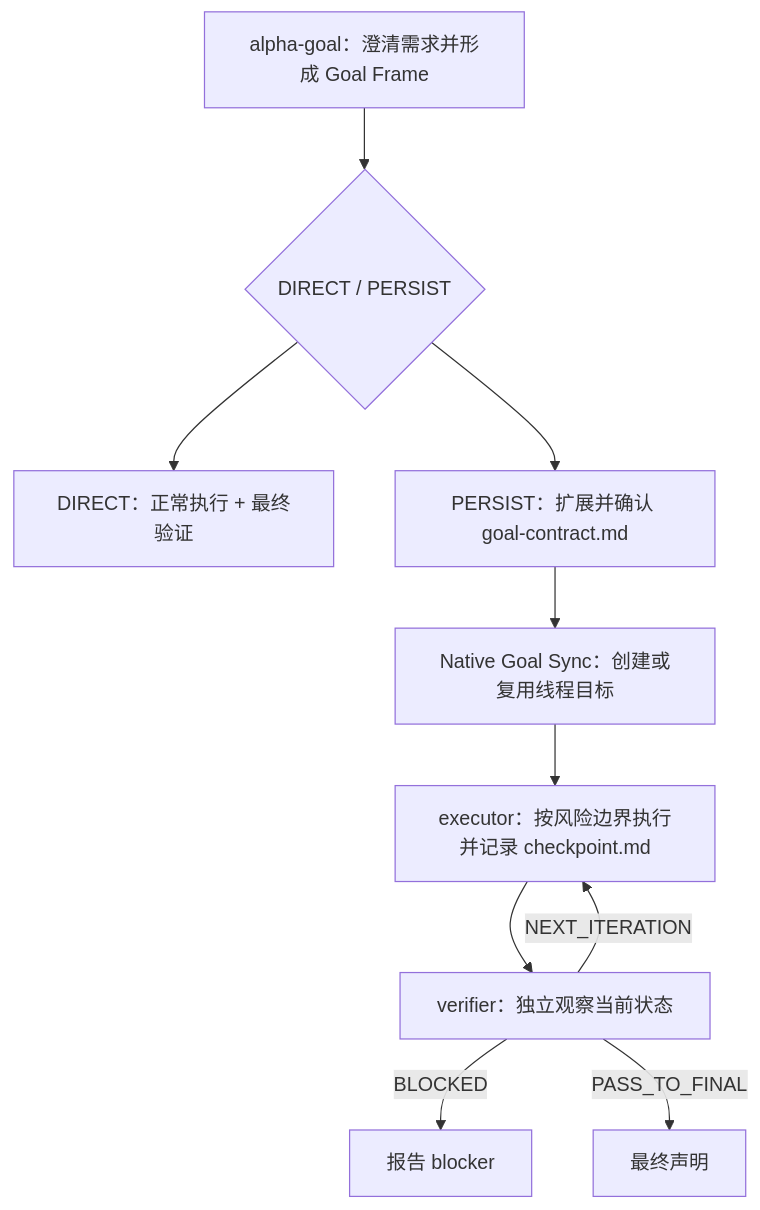
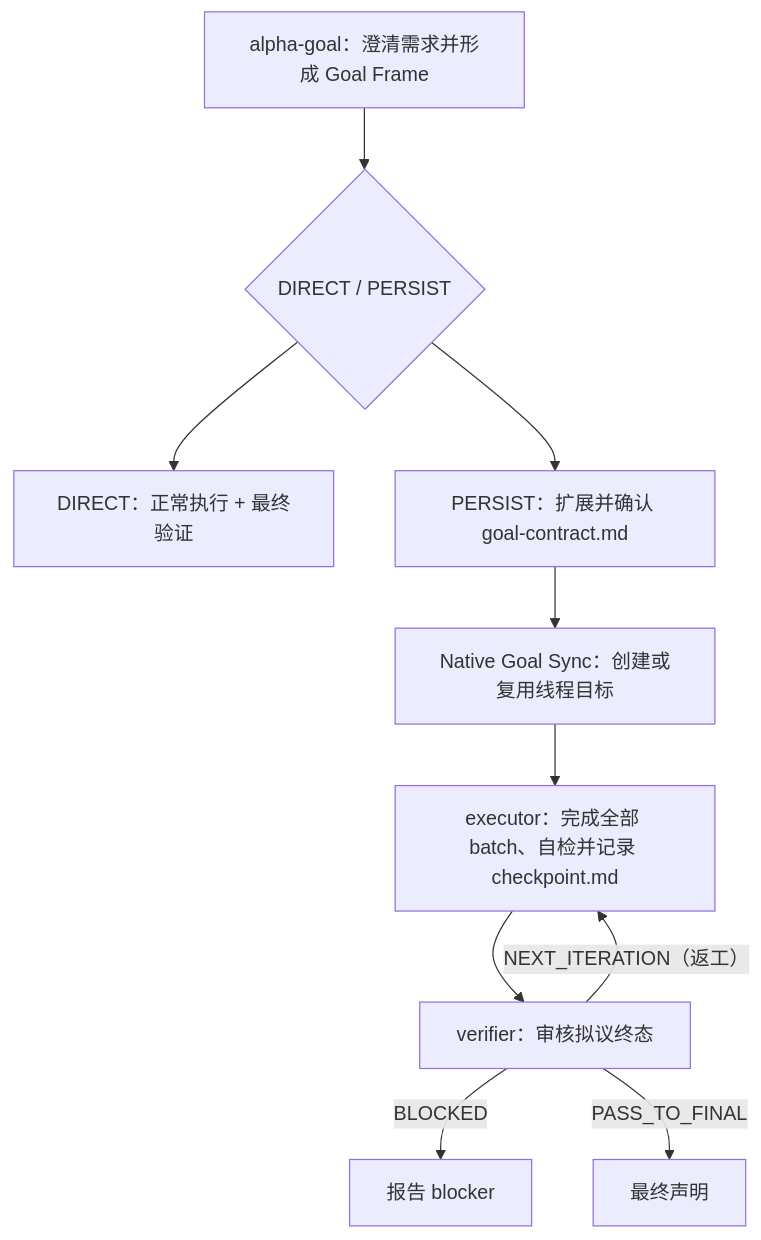
One commit to azhonglee/alpha-goal changed the diagram in README.md. Above: the diagram before and after it, drawn with Mermaid. The commit also changed other lines of this file and 15 other files, not shown here.

First line of the commit message:
Simplify executor and verifier protocols (#76)

````diff
--- a/README.md
+++ b/README.md
@@ -42,12 +42,12 @@
 ```mermaid
 flowchart TD
   A["alpha-goal：澄清需求并形成 Goal Frame"] --> R{"DIRECT / PERSIST"}
   R --> D["DIRECT：正常执行 + 最终验证"]
   R --> P["PERSIST：扩展并确认 goal-contract.md"]
   P --> S["Native Goal Sync：创建或复用线程目标"]
-  S --> E["executor：按风险边界执行并记录 checkpoint.md"]
-  E --> V["verifier：独立观察当前状态"]
-  V -->|"NEXT_ITERATION"| E
+  S --> E["executor：完成全部 batch、自检并记录 checkpoint.md"]
+  E --> V["verifier：审核拟议终态"]
+  V -->|"NEXT_ITERATION（返工）"| E
   V -->|"BLOCKED"| B["报告 blocker"]
   V -->|"PASS_TO_FINAL"| F["最终声明"]
 ```
````
